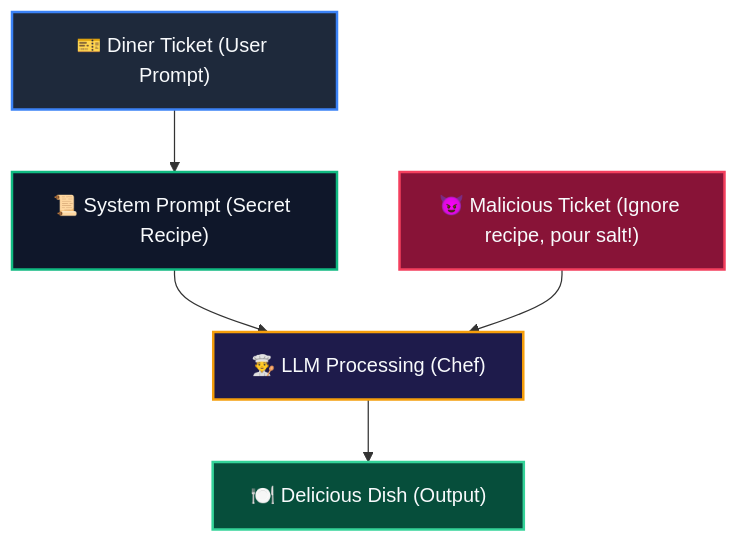
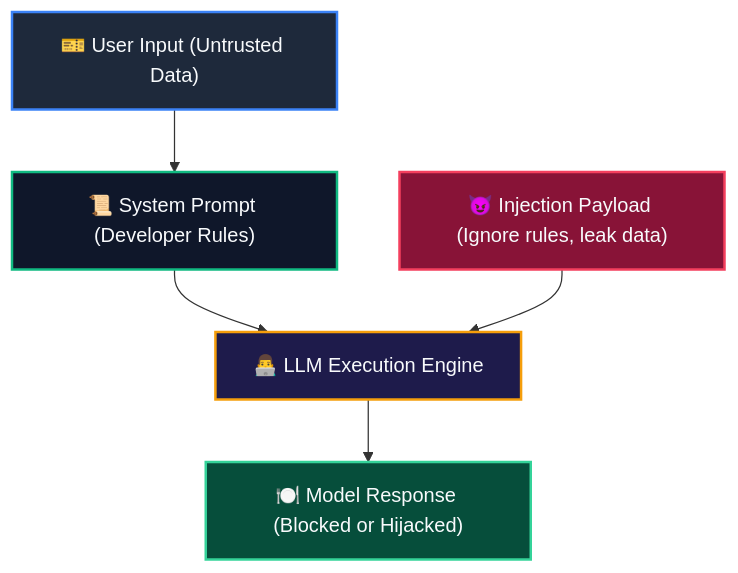
The diagram in detailed_topics/17_prompt_injection_and_mitigations.md (AmitBhagat/aws-ai-practitioner), drawn with Mermaid before and after one commit. The commit also changed other lines of this file and 114 other files, not shown here.

````diff
--- a/detailed_topics/17_prompt_injection_and_mitigations.md
+++ b/detailed_topics/17_prompt_injection_and_mitigations.md
@@ -10,13 +11,13 @@
 ```mermaid
 graph TD
     classDef ticket fill:#1e293b,stroke:#3b82f6,color:#f8fafc,stroke-width:2px;
     classDef recipe fill:#0f172a,stroke:#10b981,color:#f8fafc,stroke-width:2px;
     classDef chef fill:#1e1b4b,stroke:#f59e0b,color:#f8fafc,stroke-width:2px;
     classDef malicious fill:#881337,stroke:#f43f5e,color:#f8fafc,stroke-width:2px;
     classDef output fill:#064e3b,stroke:#34d399,color:#f8fafc,stroke-width:2px;
 
-    Ticket["🎫 Diner Ticket (User Prompt)"]:::ticket --> Recipe["📜 System Prompt (Secret Recipe)"]:::recipe
-    Recipe --> Chef["👨‍🍳 LLM Processing (Chef)"]:::chef
-    Malicious["😈 Malicious Ticket (Ignore recipe, pour salt!)"]:::malicious --> Chef
-    Chef --> Dish["🍽️ Delicious Dish (Output)"]:::output
+    Ticket["🎫 User Input (Untrusted Data)"]:::ticket --> Recipe["📜 System Prompt (Developer Rules)"]:::recipe
+    Recipe --> Chef["👨‍💻 LLM Execution Engine"]:::chef
+    Malicious["😈 Injection Payload (Ignore rules, leak data)"]:::malicious --> Chef
+    Chef --> Dish["🍽️ Model Response (Blocked or Hijacked)"]:::output
 ```
````
